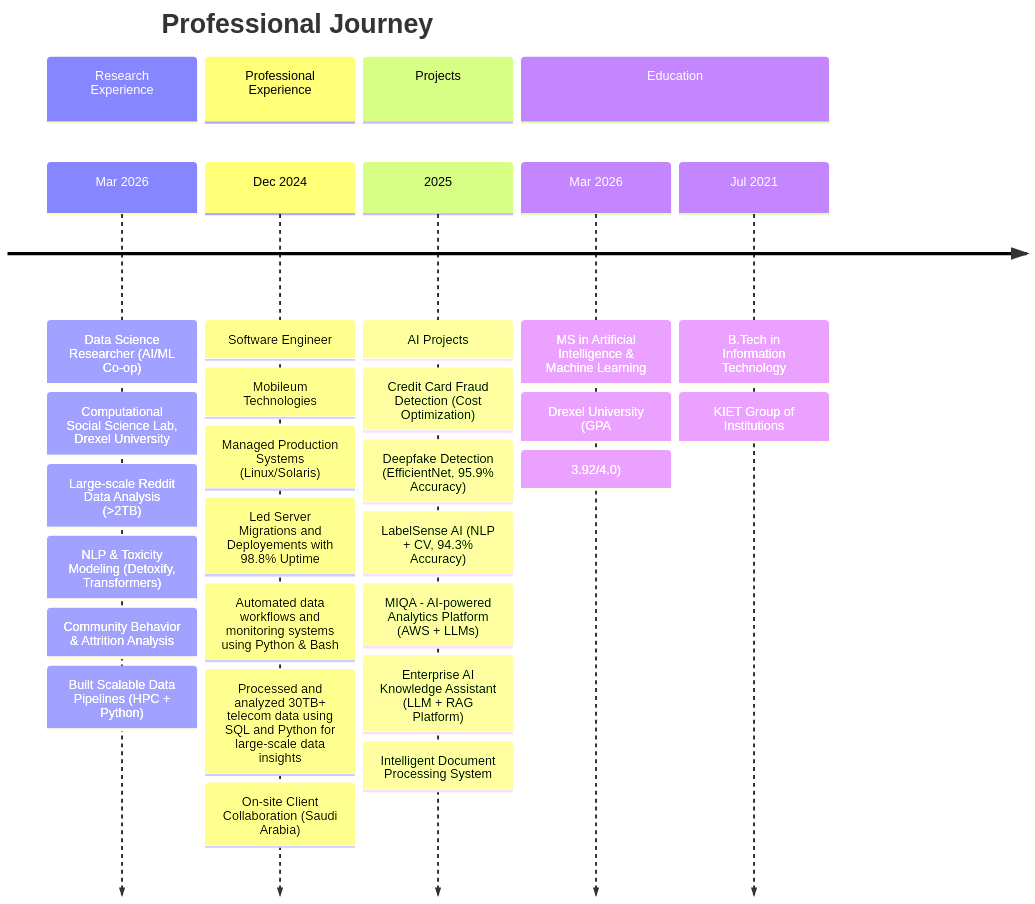
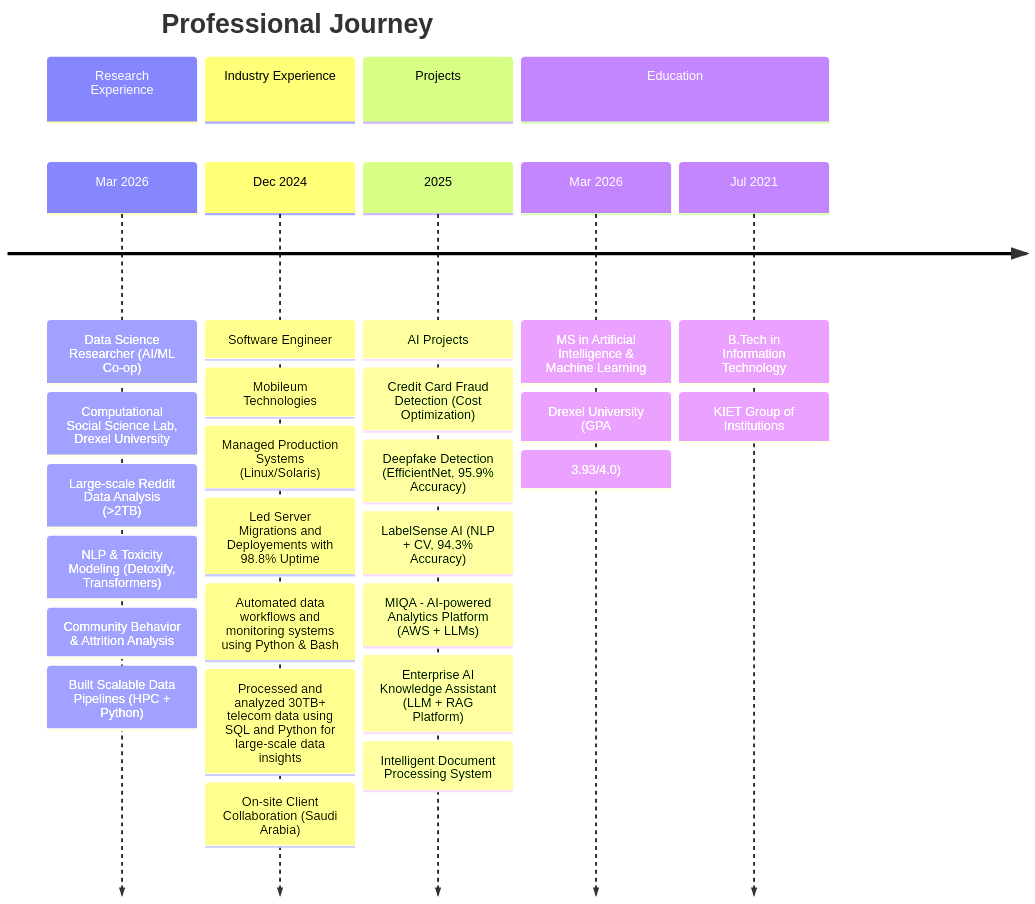
Before and after one commit to ShobhitDixit98/ShobhitDixit98: the diagram in README.md, drawn with Mermaid.

Commit message:
Revise section titles and GPA in README
Updated section titles and corrected GPA.

````diff
--- a/README.md
+++ b/README.md
@@ -37,37 +37,37 @@
 ```mermaid
 timeline
     title Professional Journey
 
     section Research Experience
     Mar 2026 : Data Science Researcher (AI/ML Co-op)
              : Computational Social Science Lab, Drexel University
              : Large-scale Reddit Data Analysis (>2TB)
              : NLP & Toxicity Modeling (Detoxify, Transformers)
              : Community Behavior & Attrition Analysis
              : Built Scalable Data Pipelines (HPC + Python)
 
-    section Professional Experience
+    section Industry Experience
     Dec 2024 : Software Engineer
              : Mobileum Technologies
              : Managed Production Systems (Linux/Solaris)
              : Led Server Migrations and Deployements with 98.8% Uptime
              : Automated data workflows and monitoring systems using Python & Bash
              : Processed and analyzed 30TB+ telecom data using SQL and Python for large-scale data insights
              : On-site Client Collaboration (Saudi Arabia) 
 
     section Projects
     2025 : AI Projects
          : Credit Card Fraud Detection (Cost Optimization)
          : Deepfake Detection (EfficientNet, 95.9% Accuracy)
          : LabelSense AI (NLP + CV, 94.3% Accuracy)
          : MIQA - AI-powered Analytics Platform (AWS + LLMs)
          : Enterprise AI Knowledge Assistant (LLM + RAG Platform) 
          : Intelligent Document Processing System 
 
     section Education
     Mar 2026 : MS in Artificial Intelligence & Machine Learning
-             : Drexel University (GPA: 3.92/4.0)
+             : Drexel University (GPA: 3.93/4.0)
 
     Jul 2021 : B.Tech in Information Technology
              : KIET Group of Institutions
 ```
````
